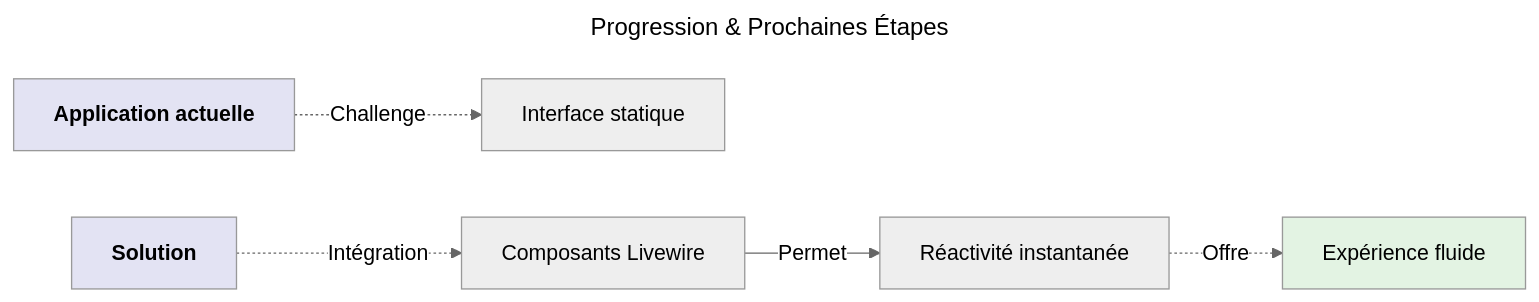
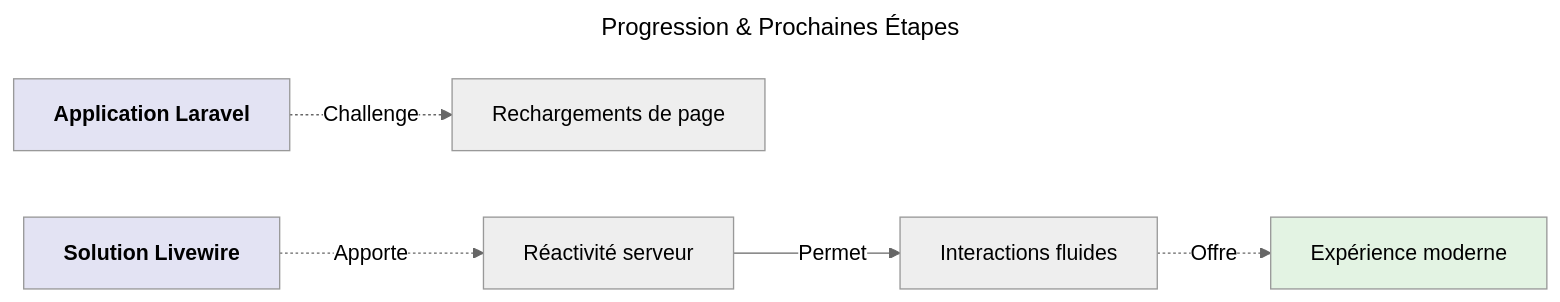
One commit to zyrass/omnyforge changed the first of 2 diagrams in docs/dev-cloud/stacks/tall/apprentissage-progressif/introduction-livewire.mdx. Above: the diagram before and after it, drawn with Mermaid. The commit also changed other lines of this file, not shown here.

First line of the commit message:
update: update livewire file to remove content alpinejs

````diff
--- a/docs/dev-cloud/stacks/tall/apprentissage-progressif/introduction-livewire.mdx
+++ b/docs/dev-cloud/stacks/tall/apprentissage-progressif/introduction-livewire.mdx
@@ -5,14 +15,14 @@
 ```mermaid
 ---
 title: Progression & Prochaines Étapes
 config:
   theme: 'neutral'
 ---
 graph LR
-A[<b>Application actuelle</b>] -.-> |Challenge| B["Interface statique"]
-C[<b>Solution</b>] -.-> |Intégration|D[Composants Livewire] --> |Permet| E[Réactivité instantanée] -.-> |Offre| F[Expérience fluide]
+A[<b>Application Laravel</b>] -.-> |Challenge| B["Rechargements de page"]
+C[<b>Solution Livewire</b>] -.-> |Apporte|D[Réactivité serveur] --> |Permet| E[Interactions fluides] -.-> |Offre| F[Expérience moderne]
 
 style A fill:#e3e3f3
 style C fill:#e3e3f3
 style F fill:#e3f3e3
 ```
````
